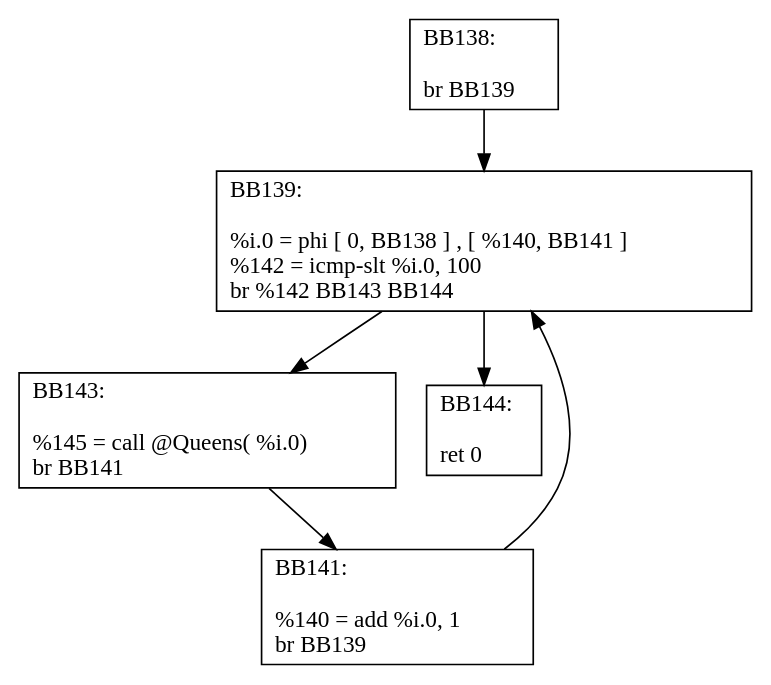
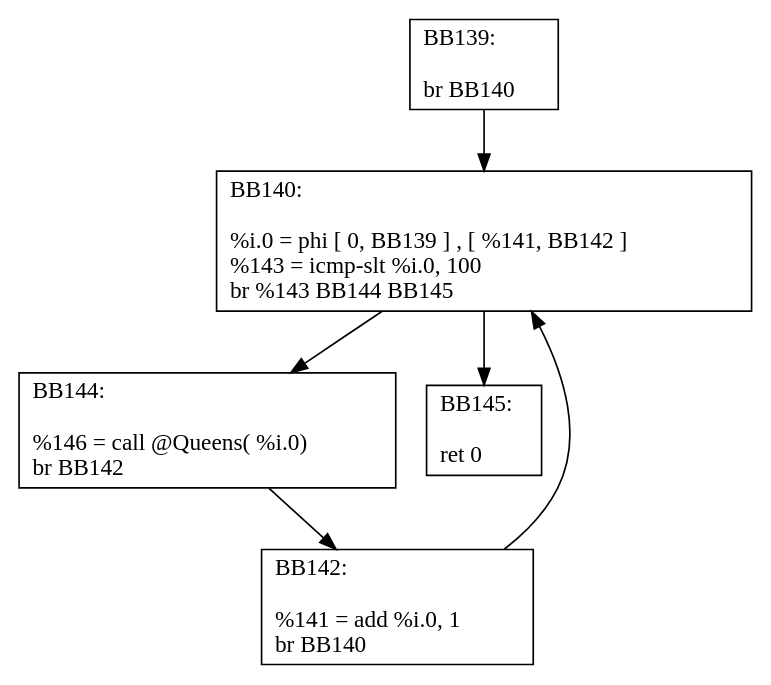
Before and after one commit to angelica-moreira/CfgGenerator: the diagram in src/dot_files/Queens/main.dot, drawn with Graphviz. The commit also changed 83 other files, not shown here.

Commit message:
Updating the phi node label generator for the special case when it does not have name and updating the dot files

```diff
--- a/src/dot_files/Queens/main.dot
+++ b/src/dot_files/Queens/main.dot
@@ -1,31 +1,31 @@
 digraph "CFG for 'main' function" {
-BB138 [shape=record,
-    label="{BB138:\l\l
-             br BB139\l
-             }"];
-BB138 -> BB139
 BB139 [shape=record,
     label="{BB139:\l\l
-             %i.0 = phi [ 0, BB138 ] , [ %140, BB141 ] \l
-             %142 = icmp-slt %i.0, 100\l
-             br %142 BB143 BB144\l
+             br BB140\l
              }"];
-BB139 -> BB143
-BB139 -> BB144
-BB143 [shape=record,
-    label="{BB143:\l\l
-             %145 = call @Queens( %i.0)\l
-             br BB141\l
+BB139 -> BB140
+BB140 [shape=record,
+    label="{BB140:\l\l
+             %i.0 = phi [ 0, BB139 ] , [ %141, BB142 ] \l
+             %143 = icmp-slt %i.0, 100\l
+             br %143 BB144 BB145\l
              }"];
-BB143 -> BB141
-BB141 [shape=record,
-    label="{BB141:\l\l
-             %140 = add %i.0, 1\l
-             br BB139\l
-             }"];
-BB141 -> BB139
+BB140 -> BB144
+BB140 -> BB145
 BB144 [shape=record,
     label="{BB144:\l\l
+             %146 = call @Queens( %i.0)\l
+             br BB142\l
+             }"];
+BB144 -> BB142
+BB142 [shape=record,
+    label="{BB142:\l\l
+             %141 = add %i.0, 1\l
+             br BB140\l
+             }"];
+BB142 -> BB140
+BB145 [shape=record,
+    label="{BB145:\l\l
              ret 0\l
              }"];
 }
```
